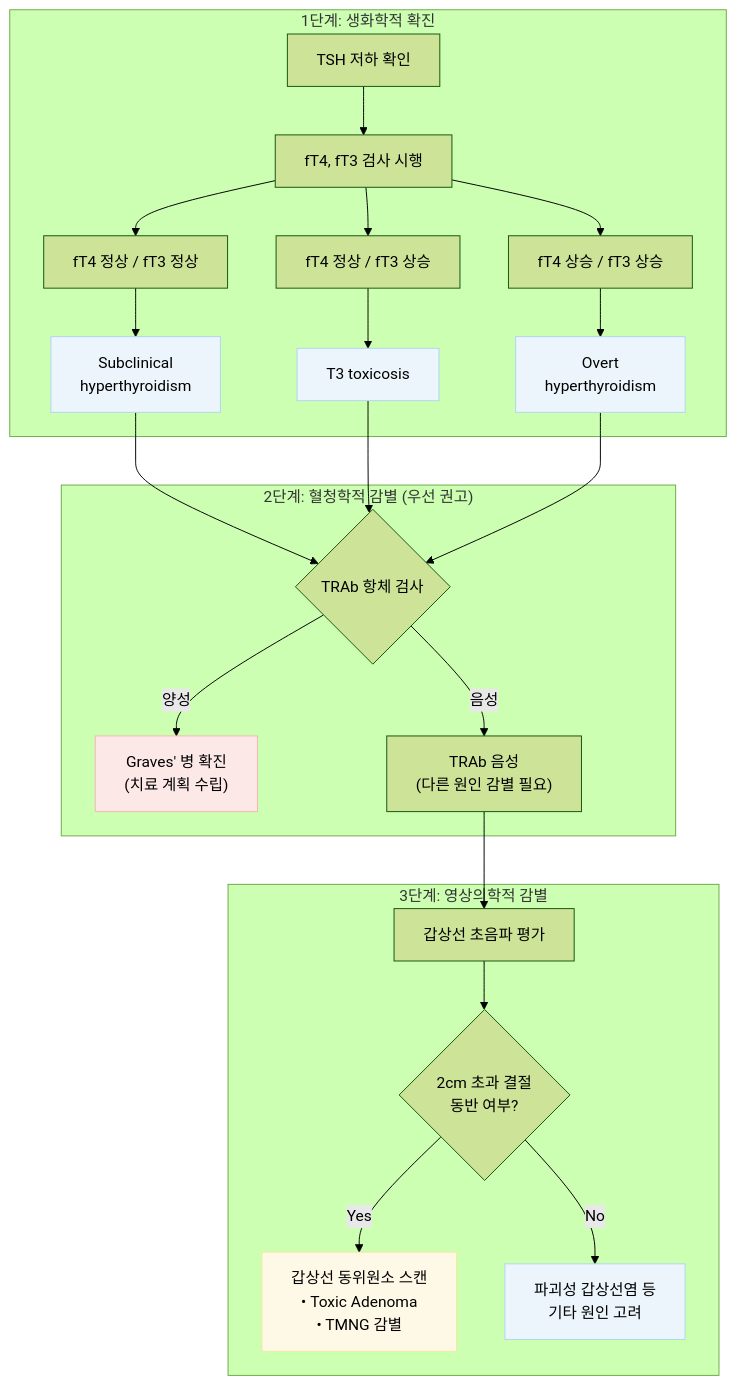
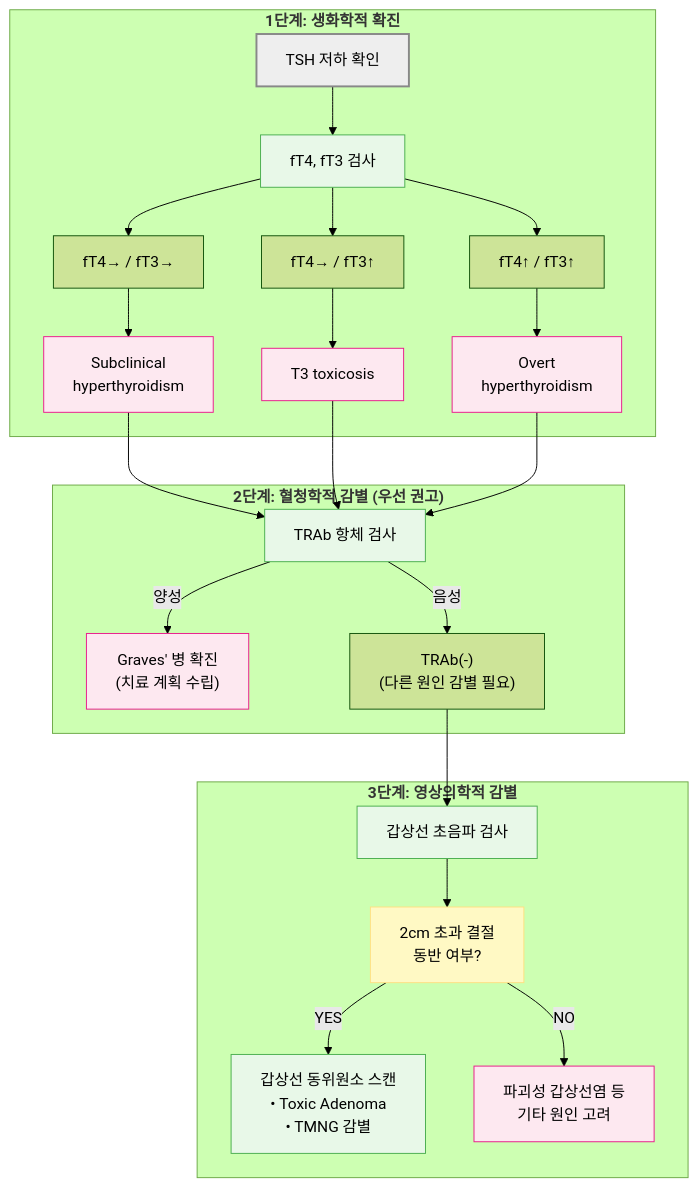
One commit to familyoh77/familyoh77 changed the first of 2 diagrams in 226_/106_-hyperthyroidism.md. Above: the diagram before and after it, drawn with Mermaid (forest theme). The commit also changed other lines of this file, not shown here.

````diff
--- a/226_/106_-hyperthyroidism.md
+++ b/226_/106_-hyperthyroidism.md
@@ -153,47 +127,40 @@
 ```mermaid
 flowchart TD
     %% 1. Biochemistry
-    subgraph Biochemistry ["1단계: 생화학적 확진"]
-        TSH[TSH 저하 확인] --> Test["fT4, fT3 검사 시행"]
-
-        Test --> R1["fT4 정상 / fT3 정상"]
-        Test --> R2["fT4 정상 / fT3 상승"]
-        Test --> R3["fT4 상승 / fT3 상승"]
-
+    subgraph Biochemistry ["<b>1단계: 생화학적 확진</b>"]
+        TSH[TSH 저하 확인] --> Test["fT4, fT3 검사"]
+        Test --> R1["fT4→ / fT3→"]
+        Test --> R2["fT4→ / fT3↑"]
+        Test --> R3["fT4↑ / fT3↑"]
         R1 --> Subclinical[Subclinical<br/>hyperthyroidism]
         R2 --> T3_tox[T3 toxicosis]
         R3 --> Overt[Overt<br/>hyperthyroidism]
     end
-
     %% 2. Serology Connection
     Subclinical --> TRAb
     T3_tox --> TRAb
     Overt --> TRAb
-
-    subgraph Serology ["2단계: 혈청학적 감별 (우선 권고)"]
-        TRAb{"TRAb 항체 검사"}
+    subgraph Serology ["<b>2단계: 혈청학적 감별 (우선 권고)</b>"]
+        TRAb["TRAb 항체 검사"]
         Graves["Graves' 병 확진<br>(치료 계획 수립)"]
-        Others["TRAb 음성<br>(다른 원인 감별 필요)"]
-
+        Others["TRAb(-)<br>(다른 원인 감별 필요)"]
         TRAb -->|양성| Graves
         TRAb -->|음성| Others
     end
-
     %% 3. Thyroid Imaging Connection
     Others --> US
+    subgraph Thyroid_Imaging ["<b>3단계: 영상의학적 감별</b>"]
+        US[갑상선 초음파 검사] --> Nodule["2cm 초과 결절<br>동반 여부?"]
+        Nodule -->|YES| Isotope[갑상선 동위원소 스캔<br>• Toxic Adenoma<br>• TMNG 감별]
+        Nodule -->|NO| Destructive[파괴성 갑상선염 등<br>기타 원인 고려]
+    end
+    %% Style Definitions
 
-    subgraph Thyroid_Imaging ["3단계: 영상의학적 감별"]
-        US[갑상선 초음파 평가] --> Nodule{"2cm 초과 결절<br>동반 여부?"}
-        Nodule -->|Yes| Isotope[갑상선 동위원소 스캔<br>• Toxic Adenoma<br>• TMNG 감별]
-        Nodule -->|No| Destructive[파괴성 갑상선염 등<br>기타 원인 고려]
-    end
-
-    %% Style Definitions
-    classDef pink fill:#FDE8E8,stroke:#F8B4B4,stroke-width:1px;
-    classDef yellow fill:#FEF9E7,stroke:#F9E79F,stroke-width:1px;
-    classDef blue fill:#EBF5FB,stroke:#AED6F1,stroke-width:1px;
-
-    class Graves pink;
-    class Isotope yellow;
-    class Subclinical blue; class T3_tox blue; class Overt blue; class Destructive blue;
+style TSH fill:#eeeeee,stroke:#888888,stroke-width:2px
+classDef yellow fill:#fff9c4,stroke:#ffe082
+class Nodule yellow
+classDef pink fill:#fde8f0,stroke:#e91e8c
+class Subclinical,T3_tox,Overt,Graves,Destructive pink
+classDef lightGreen fill:#e8f8e8,stroke:#4caf50
+class Test,TRAb,US,Isotope lightGreen
 ```
````
